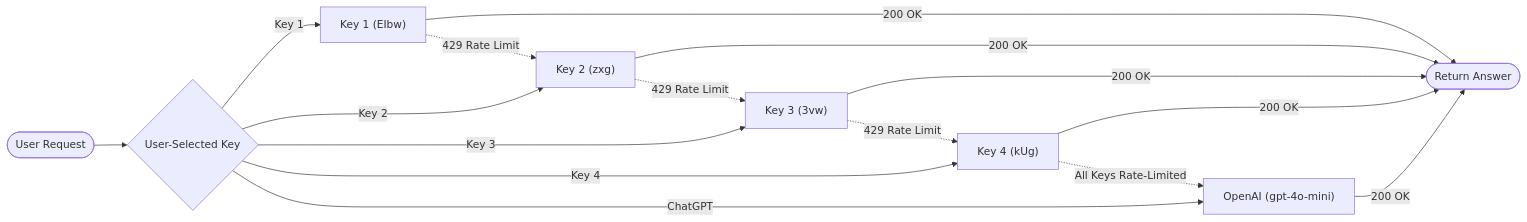
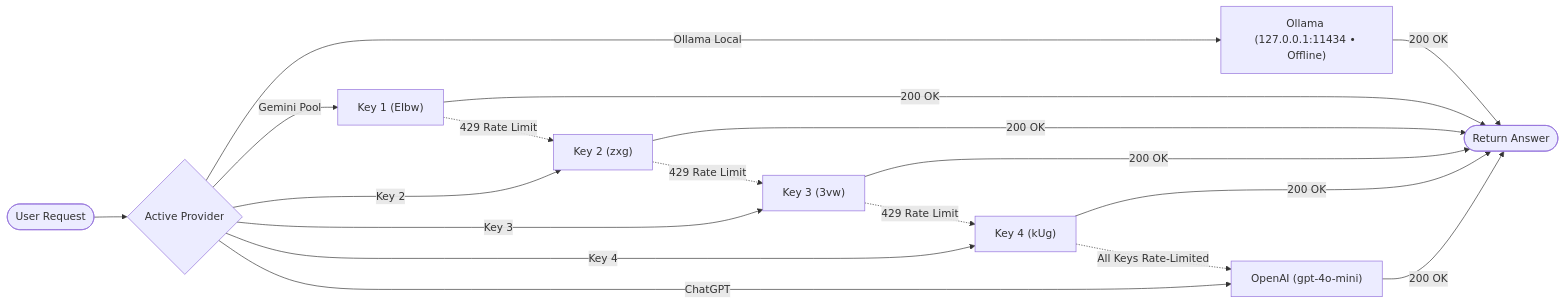
Before and after one commit to swapnil-exxe/Extension: the second of 2 diagrams in README.md, drawn with Mermaid. The commit also changed other lines of this file, not shown here.

Commit message:
docs: update README with offline Ollama pipeline, Linux college lab setup, vision pipeline, and 70-test suite

````diff
--- a/README.md
+++ b/README.md
@@ -120,20 +169,22 @@
 ```mermaid
 flowchart LR
-    Start([User Request]) --> Primary{"User-Selected Key"}
-    Primary -->|Key 1| K1["Key 1 (EIbw)"]
+    Start([User Request]) --> Primary{"Active Provider"}
+    Primary -->|Ollama Local| Local["Ollama (127.0.0.1:11434 • Offline)"]
+    Primary -->|Gemini Pool| K1["Key 1 (EIbw)"]
     Primary -->|Key 2| K2["Key 2 (zxg)"]
     Primary -->|Key 3| K3["Key 3 (3vw)"]
     Primary -->|Key 4| K4["Key 4 (kUg)"]
     Primary -->|ChatGPT| GPT["OpenAI (gpt-4o-mini)"]
 
     K1 -->|200 OK| Done([Return Answer])
     K2 -->|200 OK| Done
     K3 -->|200 OK| Done
     K4 -->|200 OK| Done
     GPT -->|200 OK| Done
+    Local -->|200 OK| Done
 
     K1 -.->|429 Rate Limit| K2
     K2 -.->|429 Rate Limit| K3
     K3 -.->|429 Rate Limit| K4
     K4 -.->|All Keys Rate-Limited| GPT
 ```
````
